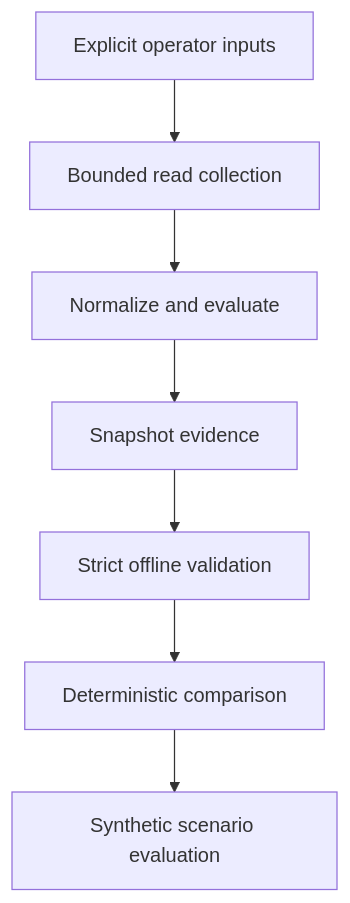
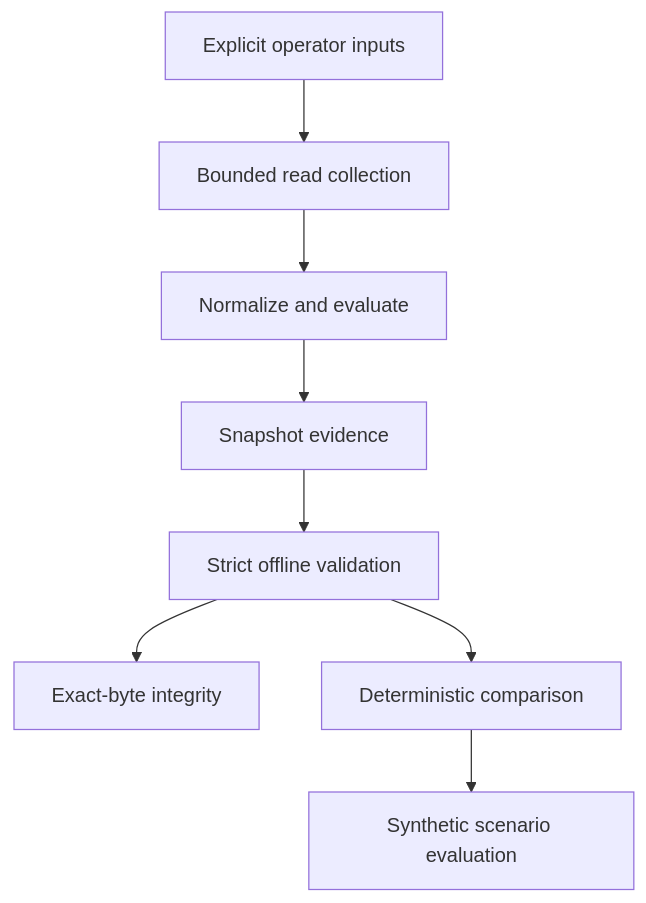
Before and after one commit to wmstipes/The-Foundry-Initiative: the diagram in docs/guides/forgeops-operator-learning-guide.md, drawn with Mermaid. The commit also changed other lines of this file and 16 other files, not shown here.

````diff
--- a/docs/guides/forgeops-operator-learning-guide.md
+++ b/docs/guides/forgeops-operator-learning-guide.md
@@ -140,9 +171,10 @@
 ```mermaid
 flowchart TD
     Inputs["Explicit operator inputs"] --> Collect["Bounded read collection"]
     Collect --> Evaluate["Normalize and evaluate"]
     Evaluate --> Evidence["Snapshot evidence"]
     Evidence --> Validate["Strict offline validation"]
+    Validate --> Integrity["Exact-byte integrity"]
     Validate --> Compare["Deterministic comparison"]
     Compare --> Scenario["Synthetic scenario evaluation"]
 ```
````
